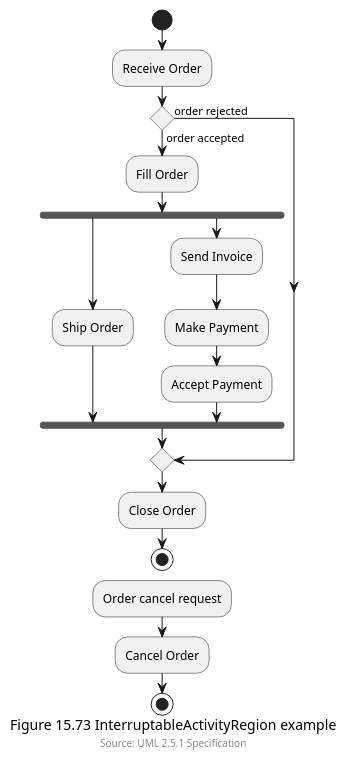
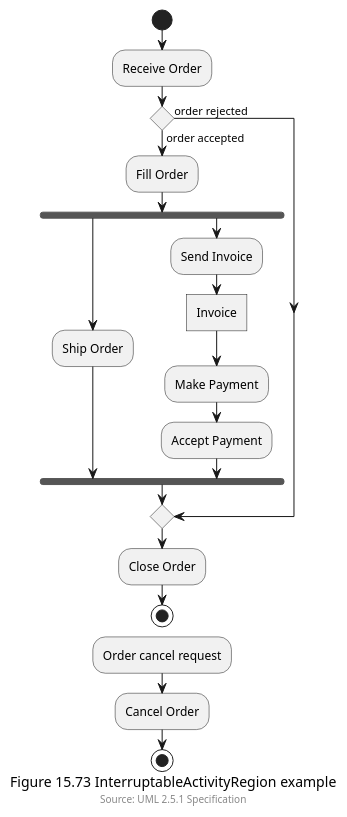
The diagram in figure-15-73.puml (masmangan/uml-activity-object-flow), drawn with PlantUML before and after one commit.

```diff
--- a/figure-15-73.puml
+++ b/figure-15-73.puml
@@ -1,22 +1,23 @@
 @startuml
 start
 :Receive Order;
 if () then (order accepted)
 :Fill Order;
 fork
 :Ship Order;
 fork again
 :Send Invoice;
+:Invoice]
 :Make Payment;
 :Accept Payment;
 endfork
 else (order rejected)
 endif
 :Close Order;
 stop
 :Order cancel request;
 :Cancel Order;
 stop
 caption Figure 15.73 InterruptableActivityRegion example
 footer Source: UML 2.5.1 Specification
 @enduml
```
